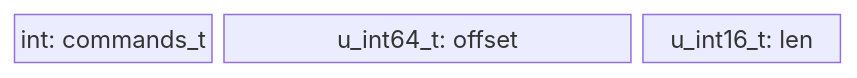
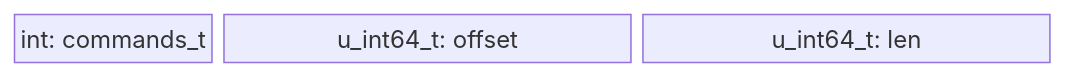
Before and after one commit to rawstor/rawstor_ost: the second of 2 diagrams in README.md, drawn with Mermaid. The commit also changed 2 other files, not shown here.

Commit message:
Set objects' dir + change len type + minor changes

````diff
--- a/README.md
+++ b/README.md
@@ -25,5 +25,5 @@
 ```mermaid
 block-beta
   columns 8
-  a["int: commands_t"]:1 b["u_int64_t: offset"]:2 c["u_int16_t: len"]
+  a["int: commands_t"]:1 b["u_int64_t: offset"]:2 c["u_int64_t: len"]:2
 ```
````
